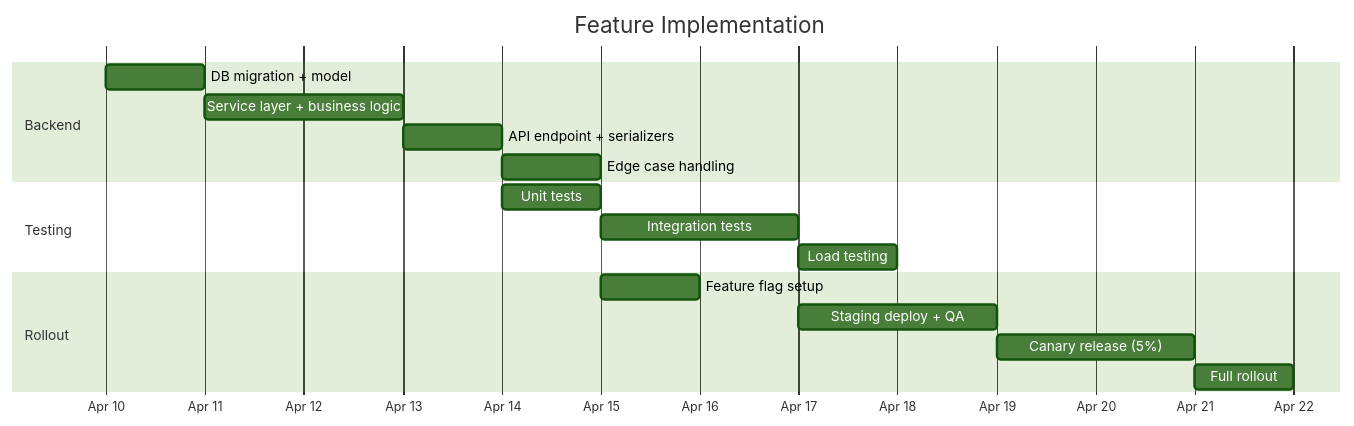
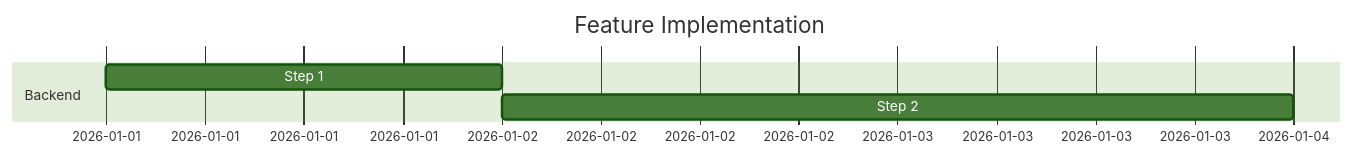
Before and after one commit to NguyenNhan1610/codex-copilot-plugin-cc: the fourth of 4 diagrams in plugins/ai/skills/fdr/references/fdr-template.md, drawn with Mermaid (forest theme). The commit also changed other lines of this file and 16 other files, not shown here.

First line of the commit message:
Optimize prompts: slim templates, split usage guide, trim mermaid blocks, bump to 4.3.1

````diff
--- a/plugins/ai/skills/fdr/references/fdr-template.md
+++ b/plugins/ai/skills/fdr/references/fdr-template.md
@@ -264,23 +171,8 @@
 ```mermaid
 gantt
     title Feature Implementation
     dateFormat YYYY-MM-DD
-    axisFormat %b %d
-
     section Backend
-    DB migration + model         :a1, 2026-04-10, 1d
-    Service layer + business logic :a2, after a1, 2d
-    API endpoint + serializers   :a3, after a2, 1d
-    Edge case handling           :a4, after a3, 1d
-
-    section Testing
-    Unit tests                   :b1, after a3, 1d
-    Integration tests            :b2, after a4, 2d
-    Load testing                 :b3, after b2, 1d
-
-    section Rollout
-    Feature flag setup           :c1, after b1, 0.5d
-    Staging deploy + QA          :c2, after b2, 2d
-    Canary release (5%)          :c3, after c2, 2d
-    Full rollout                 :c4, after c3, 1d
+    Step 1 :a1, 2026-01-01, 1d
+    Step 2 :a2, after a1, 2d
 ```
````
